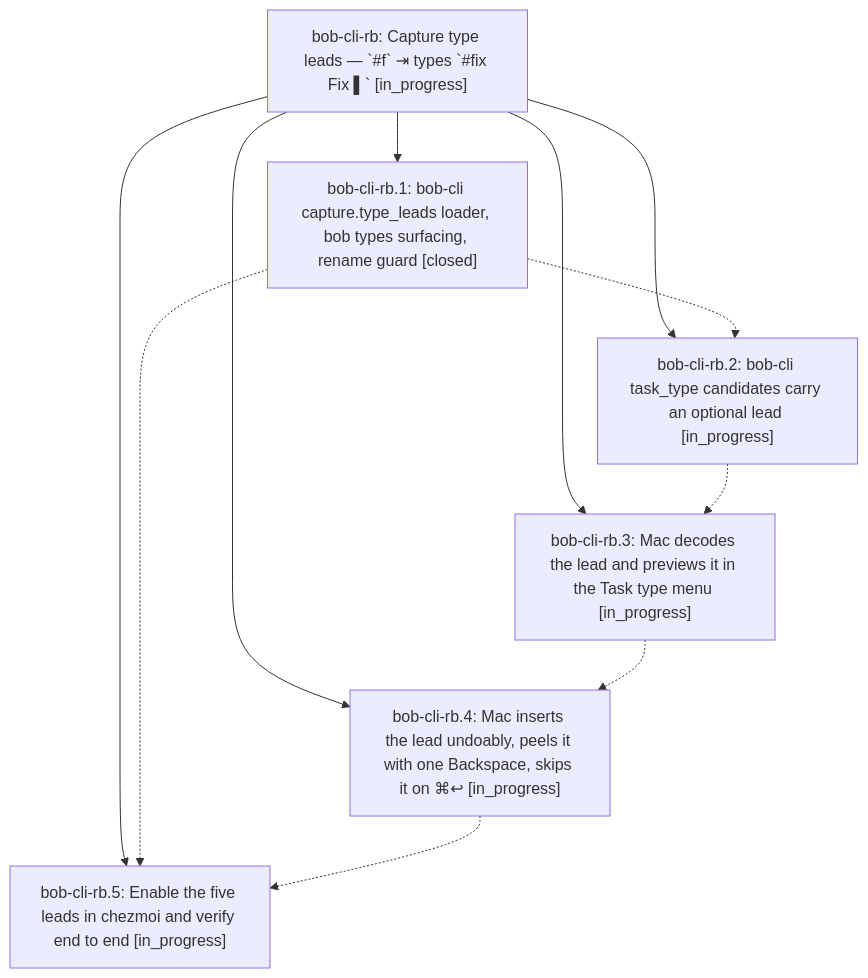
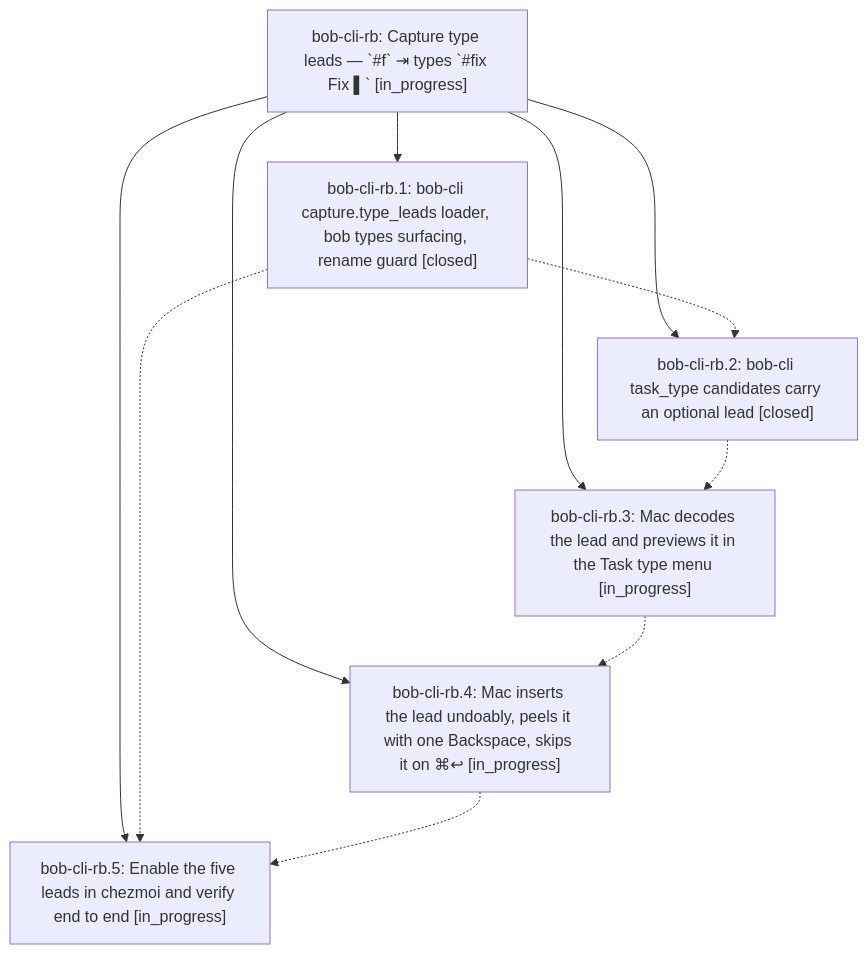
The diagram in pages/bob-cli-rb/README.md (bobs-org/bob-cli--beads), drawn with Mermaid before and after one commit. The commit also changed other lines of this file and 3 other files, not shown here.

First line of the commit message:
chore(beads): sync bead state and pages for bob-cli-rb

````diff
--- a/pages/bob-cli-rb/README.md
+++ b/pages/bob-cli-rb/README.md
@@ -38,19 +40,19 @@
 ```mermaid
 flowchart TD
     n0["bob-cli-rb: Capture type leads — `#f` ⇥ types `#fix Fix ▌` [in_progress]"]
     n1["bob-cli-rb.1: bob-cli capture.type_leads loader, bob types surfacing, rename guard [closed]"]
-    n2["bob-cli-rb.2: bob-cli task_type candidates carry an optional lead [in_progress]"]
+    n2["bob-cli-rb.2: bob-cli task_type candidates carry an optional lead [closed]"]
     n3["bob-cli-rb.3: Mac decodes the lead and previews it in the Task type menu [in_progress]"]
     n4["bob-cli-rb.4: Mac inserts the lead undoably, peels it with one Backspace, skips it on ⌘↩ [in_progress]"]
     n5["bob-cli-rb.5: Enable the five leads in chezmoi and verify end to end [in_progress]"]
     n0 --> n1
     n0 --> n2
     n0 --> n3
     n0 --> n4
     n0 --> n5
     n1 -.-> n2
     n1 -.-> n5
     n2 -.-> n3
     n3 -.-> n4
     n4 -.-> n5
 ```
````
